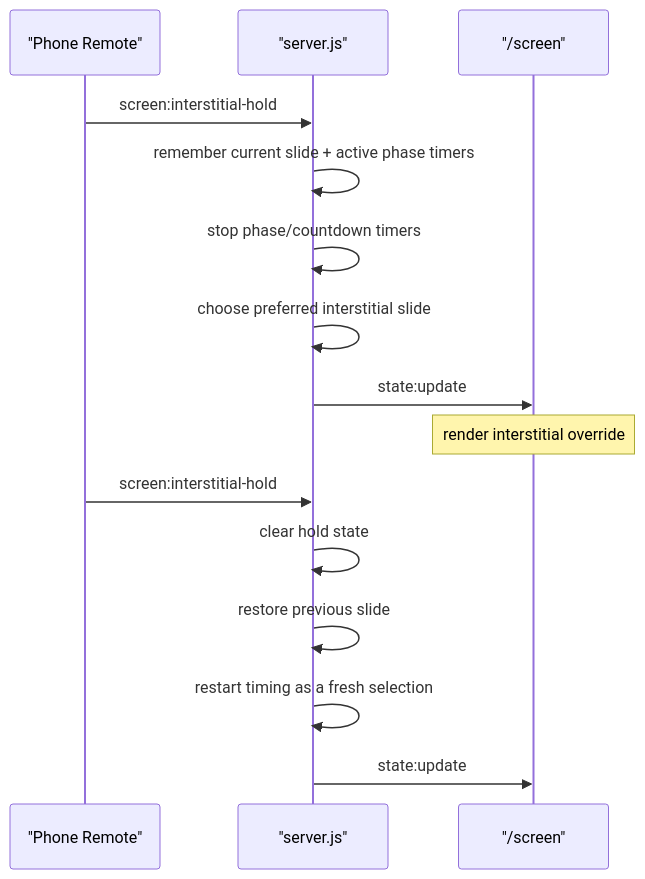
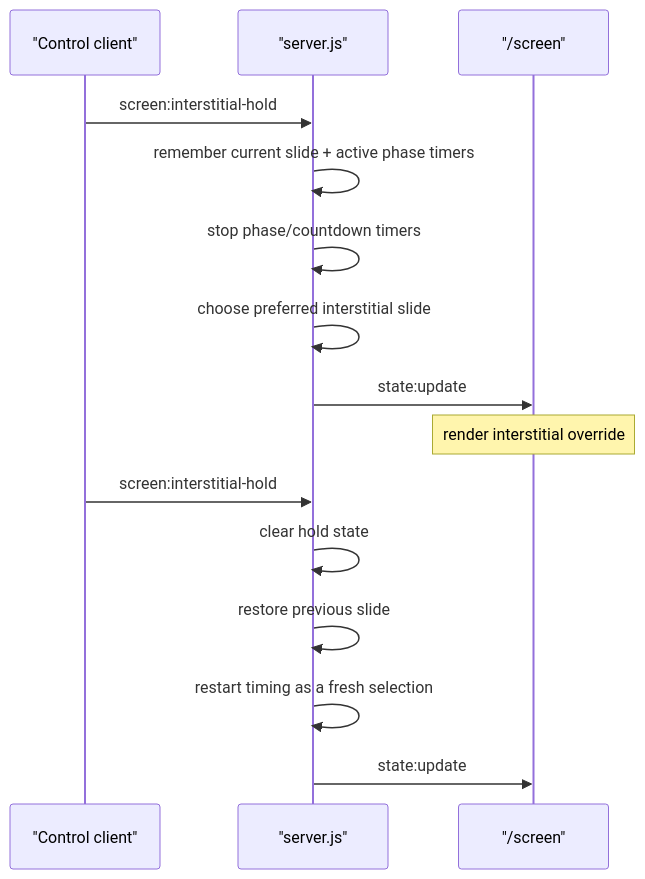
The fourth of 15 diagrams in docs/workflows.md (Saint-Therese-Of-Lisieux-Parish/sacra_lux), drawn with Mermaid before and after one commit. The commit also changed other lines of this file and 5 other files, not shown here.

First line of the commit message:
docs(user-guide): correct the phone remote controls

````diff
--- a/docs/workflows.md
+++ b/docs/workflows.md
@@ -59,18 +61,18 @@
 ```mermaid
 sequenceDiagram
-    participant Remote as "Phone Remote"
+    participant Remote as "Control client"
     participant Server as "server.js"
     participant Screen as "/screen"
 
     Remote->>Server: screen:interstitial-hold
     Server->>Server: remember current slide + active phase timers
     Server->>Server: stop phase/countdown timers
     Server->>Server: choose preferred interstitial slide
     Server->>Screen: state:update
     Note over Screen: render interstitial override
     Remote->>Server: screen:interstitial-hold
     Server->>Server: clear hold state
     Server->>Server: restore previous slide
     Server->>Server: restart timing as a fresh selection
     Server->>Screen: state:update
 ```
````
